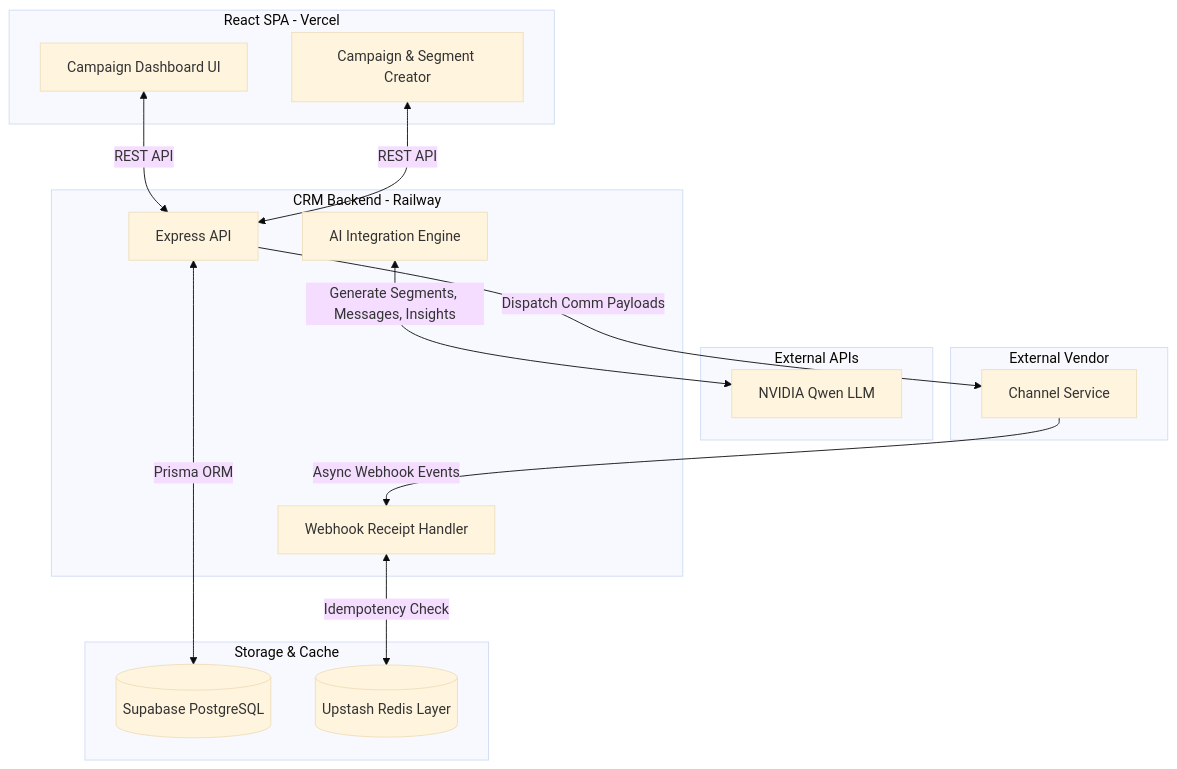
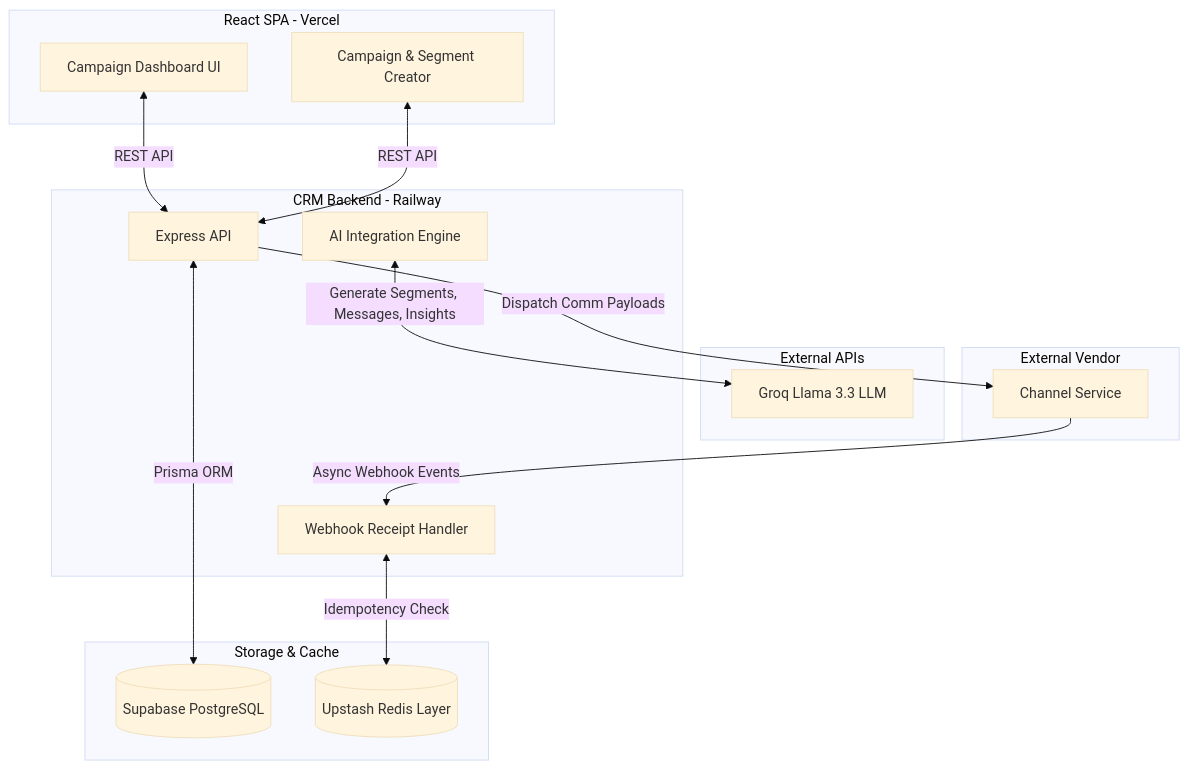
The diagram in README.md (Kartikeya-guthub/mini-CRM), drawn with Mermaid (base theme) before and after one commit. The commit also changed other lines of this file, not shown here.

Commit message:
docs: update README to reflect Groq Llama 3.3 and Redis TLS enforcement

````diff
--- a/README.md
+++ b/README.md
@@ -11,43 +11,43 @@
 ```mermaid
 graph TD
     %% Frontend Layer
     subgraph Frontend [React SPA - Vercel]
         UI[Campaign Dashboard UI]
         Creator[Campaign & Segment Creator]
     end
 
     %% CRM Service Layer
     subgraph CRMService [CRM Backend - Railway]
         API[Express API]
         AIEngine[AI Integration Engine]
         Webhook[Webhook Receipt Handler]
     end
 
     %% External Services
     subgraph External [External APIs]
-        NVIDIA[NVIDIA Qwen LLM]
+        GROQ[Groq Llama 3.3 LLM]
     end
 
     %% Data Layer
     subgraph DataLayer [Storage & Cache]
         DB[(Supabase PostgreSQL)]
         Redis[(Upstash Redis Layer)]
     end
 
     %% Channel Service Layer (Simulated Vendor)
     subgraph Vendor [External Vendor]
         ChannelService[Channel Service]
     end
 
     %% Connections
     UI <-->|REST API| API
     Creator <-->|REST API| API
     
     API <-->|Prisma ORM| DB
     Webhook <-->|Idempotency Check| Redis
     
-    AIEngine <-->|Generate Segments, Messages, Insights| NVIDIA
+    AIEngine <-->|Generate Segments, Messages, Insights| GROQ
     
     API -->|Dispatch Comm Payloads| ChannelService
     ChannelService -->|Async Webhook Events| Webhook
 ```
````
